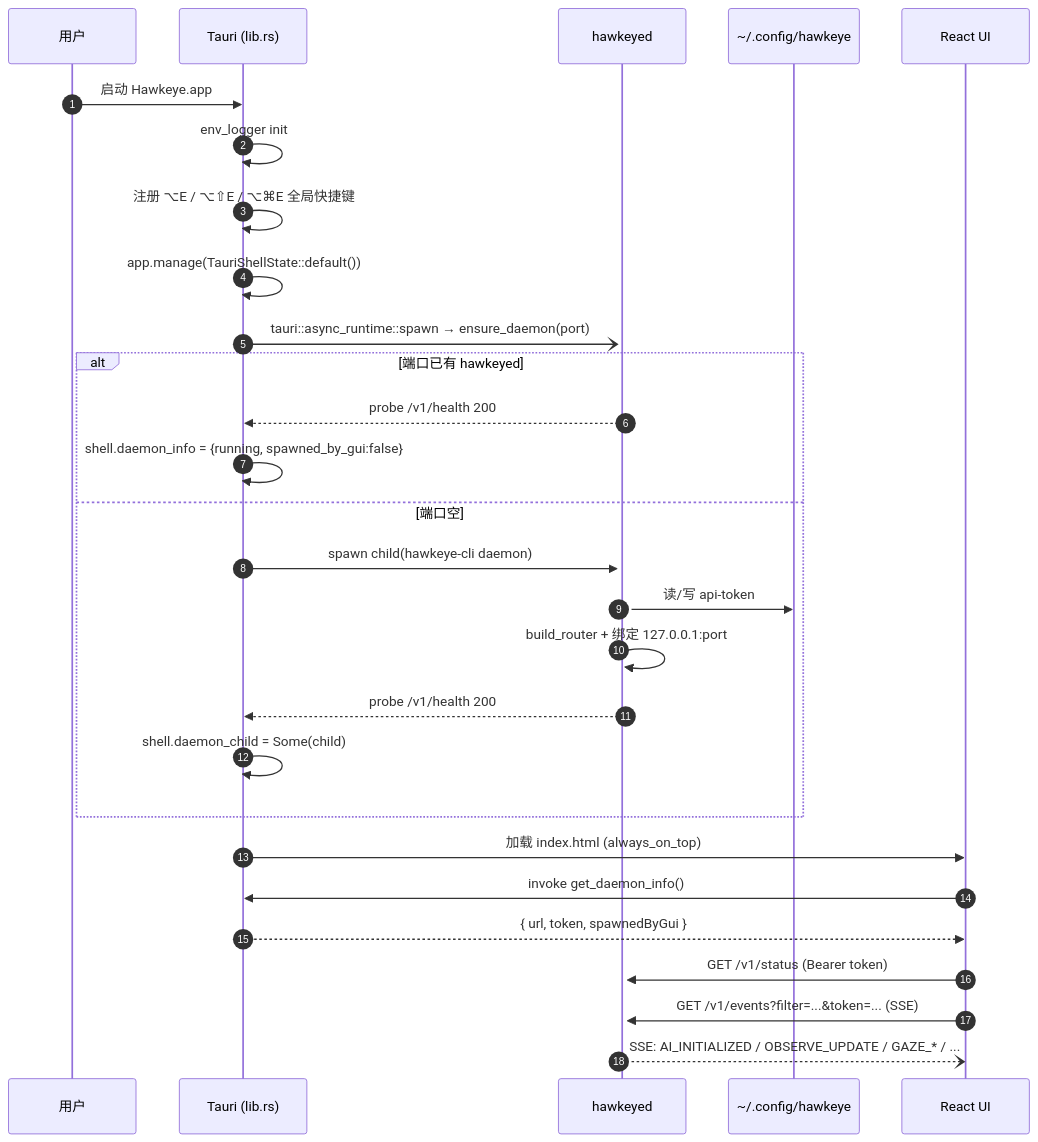
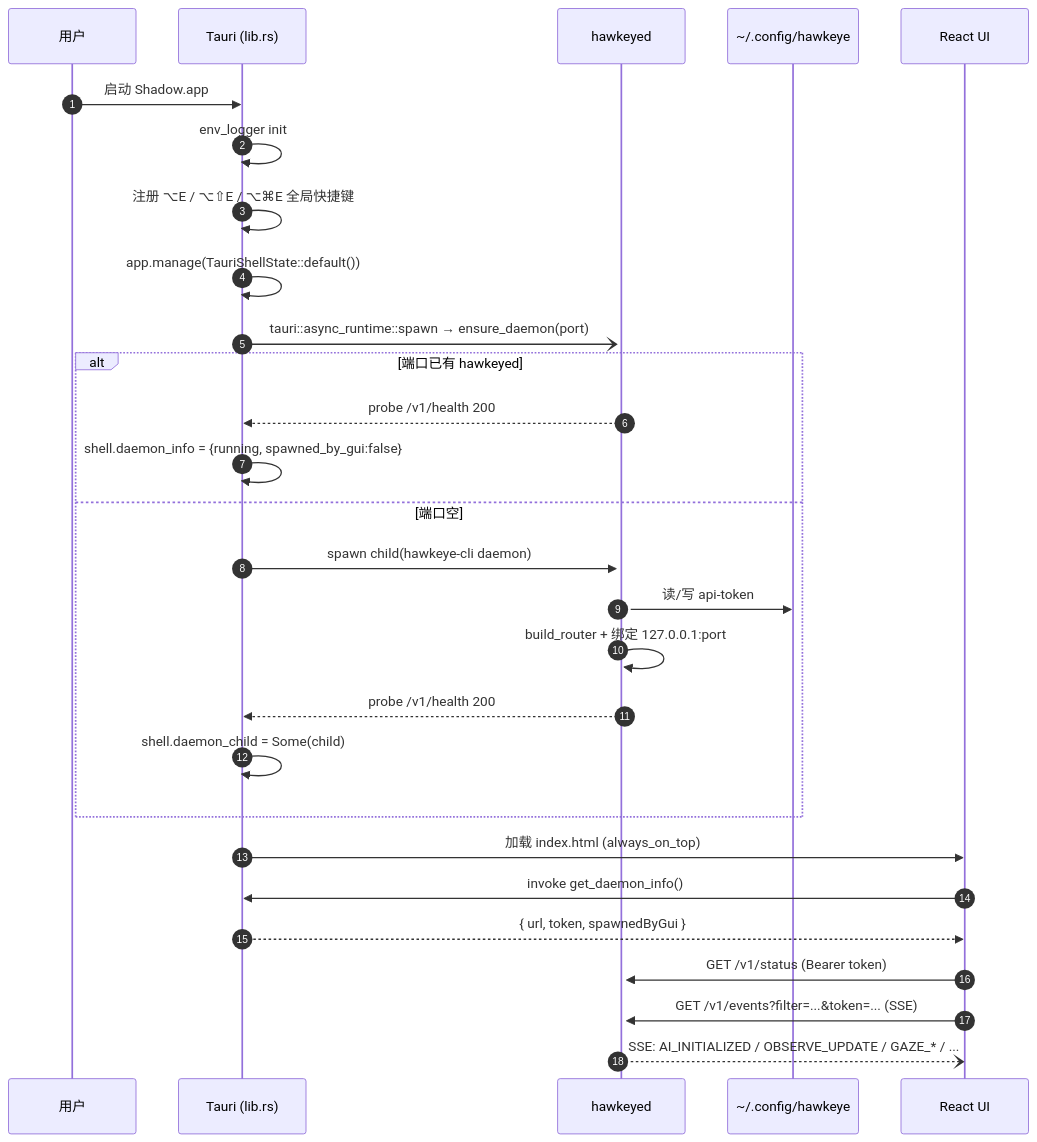
The second of 14 diagrams in HAWKEYE_FLOW.md (tensorboy/hawkeye), drawn with Mermaid before and after one commit. The commit also changed other lines of this file and 165 other files, not shown here.

First line of the commit message:
brand: rename Hawkeye → Shadow across all user-facing text

````diff
--- a/HAWKEYE_FLOW.md
+++ b/HAWKEYE_FLOW.md
@@ -88,31 +88,31 @@
 ```mermaid
 sequenceDiagram
   autonumber
   participant U as 用户
   participant T as Tauri (lib.rs)
   participant D as hawkeyed
   participant FS as ~/.config/hawkeye
   participant R as React UI
 
-  U->>T: 启动 Hawkeye.app
+  U->>T: 启动 Shadow.app
   T->>T: env_logger init
   T->>T: 注册 ⌥E / ⌥⇧E / ⌥⌘E 全局快捷键
   T->>T: app.manage(TauriShellState::default())
   T-)+D: tauri::async_runtime::spawn → ensure_daemon(port)
   alt 端口已有 hawkeyed
     D-->>T: probe /v1/health 200
     T->>T: shell.daemon_info = {running, spawned_by_gui:false}
   else 端口空
     T->>D: spawn child(hawkeye-cli daemon)
     D->>FS: 读/写 api-token
     D->>D: build_router + 绑定 127.0.0.1:port
     D-->>T: probe /v1/health 200
     T->>T: shell.daemon_child = Some(child)
   end
   T->>R: 加载 index.html (always_on_top)
   R->>T: invoke get_daemon_info()
   T-->>R: { url, token, spawnedByGui }
   R->>D: GET /v1/status (Bearer token)
   R->>D: GET /v1/events?filter=...&token=... (SSE)
   D--)R: SSE: AI_INITIALIZED / OBSERVE_UPDATE / GAZE_* / ...
 ```
````
